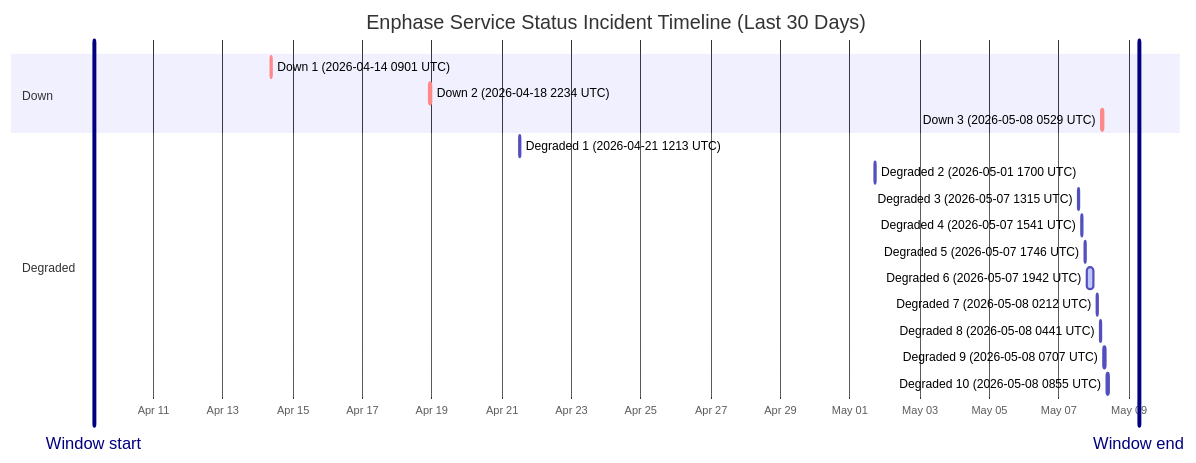
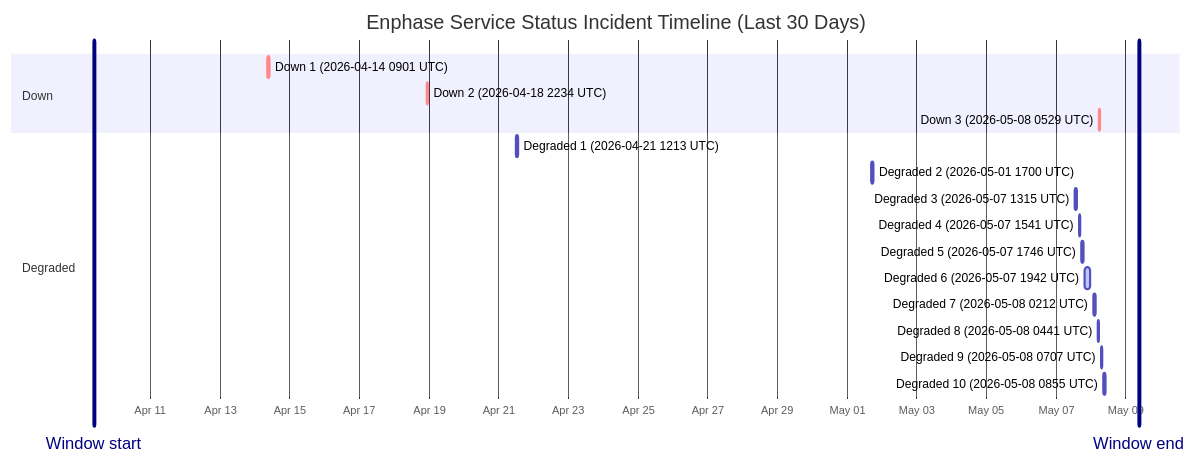
Before and after one commit to barneyonline/ha-enphase-ev-charger: the diagram in wiki/Service-Status-History.md, drawn with Mermaid. The commit also changed other lines of this file and 3 other files, not shown here.

````diff
--- a/wiki/Service-Status-History.md
+++ b/wiki/Service-Status-History.md
@@ -14,23 +14,23 @@
 ```mermaid
 gantt
     title Enphase Service Status Incident Timeline (Last 30 Days)
     dateFormat  YYYY-MM-DDTHH:mm:ss
     axisFormat  %b %d
-    Window start :vert, window-start, 2026-04-09T07:06:50, 0ms
-    Window end :vert, window-end, 2026-05-09T07:06:50, 0ms
+    Window start :vert, window-start, 2026-04-09T08:58:09, 0ms
+    Window end :vert, window-end, 2026-05-09T08:58:09, 0ms
     section Down
     Down 1 (2026-04-14 0901 UTC) :crit, down-1, 2026-04-14T09:01:13, 60m
     Down 2 (2026-04-18 2234 UTC) :crit, down-2, 2026-04-18T22:34:13, 60m
     Down 3 (2026-05-08 0529 UTC) :crit, down-3, 2026-05-08T05:29:47, 60m
     section Degraded
     Degraded 1 (2026-04-21 1213 UTC) :active, degraded-1, 2026-04-21T12:13:11, 60m
     Degraded 2 (2026-05-01 1700 UTC) :active, degraded-2, 2026-05-01T17:00:22, 60m
     Degraded 3 (2026-05-07 1315 UTC) :active, degraded-3, 2026-05-07T13:15:25, 60m
     Degraded 4 (2026-05-07 1541 UTC) :active, degraded-4, 2026-05-07T15:41:58, 60m
     Degraded 5 (2026-05-07 1746 UTC) :active, degraded-5, 2026-05-07T17:46:51, 60m
     Degraded 6 (2026-05-07 1942 UTC) :active, degraded-6, 2026-05-07T19:42:10, 249m
     Degraded 7 (2026-05-08 0212 UTC) :active, degraded-7, 2026-05-08T02:12:39, 60m
     Degraded 8 (2026-05-08 0441 UTC) :active, degraded-8, 2026-05-08T04:41:46, 60m
     Degraded 9 (2026-05-08 0707 UTC) :active, degraded-9, 2026-05-08T07:07:30, 60m
     Degraded 10 (2026-05-08 0855 UTC) :active, degraded-10, 2026-05-08T08:55:20, 88m
 ```
````
